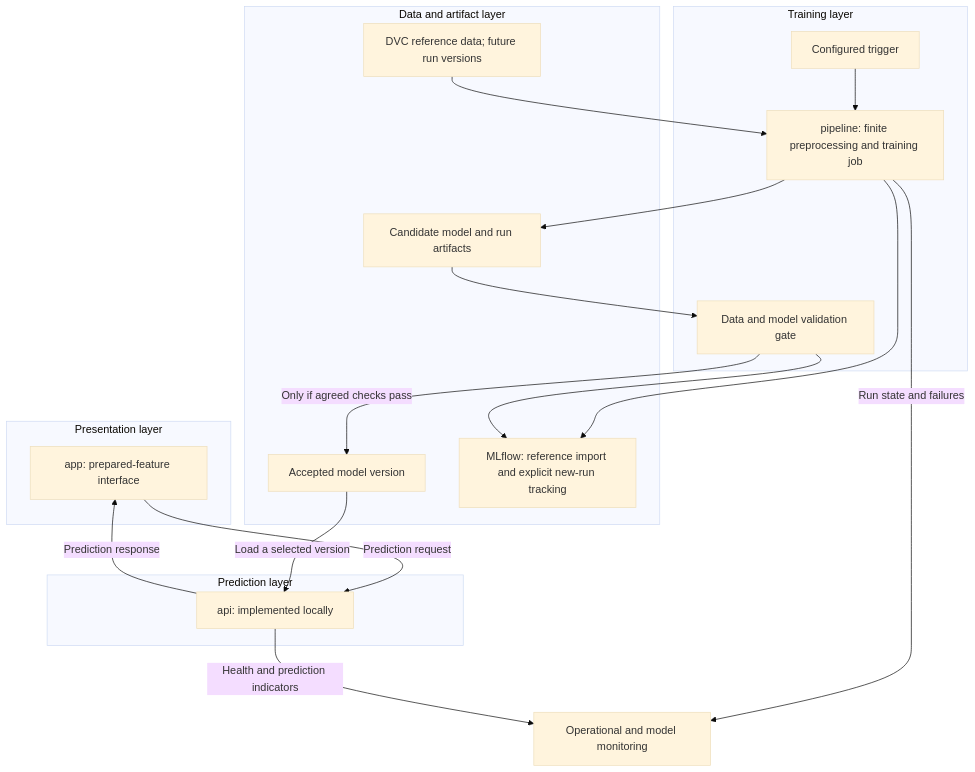
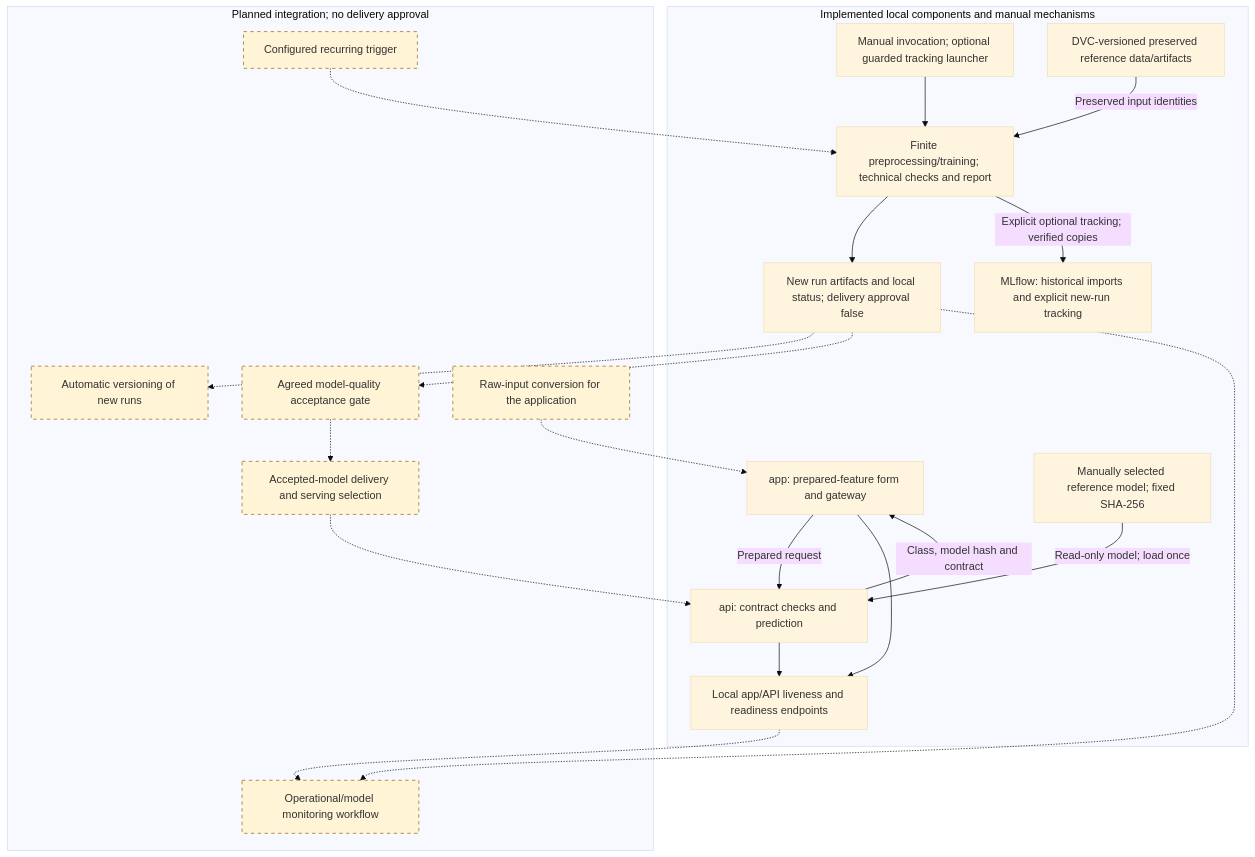
One commit to SiR1979/Template_MLOps_accidents changed the eighth of 8 diagrams in docs/architecture.md. Above: the diagram before and after it, drawn with Mermaid (base theme). The commit also changed other lines of this file, not shown here.

Commit message:
Update architecture diagrams and implementation boundaries

````diff
--- a/docs/architecture.md
+++ b/docs/architecture.md
@@ -287,38 +352,41 @@
 ```mermaid
 flowchart TD
-    subgraph PRESENTATION["Presentation layer"]
-        APP["app: prepared-feature interface"]
+    subgraph CURRENT["Implemented local components and manual mechanisms"]
+        APP["app: prepared-feature form and gateway"]
+        API["api: contract checks and prediction"]
+        SELECTED["Manually selected reference model; fixed SHA-256"]
+        MANUAL["Manual invocation; optional guarded tracking launcher"]
+        PIPELINE["Finite preprocessing/training; technical checks and report"]
+        CANDIDATE["New run artifacts and local status; delivery approval false"]
+        DATASETS["DVC-versioned preserved reference data/artifacts"]
+        TRACKING["MLflow: historical imports and explicit new-run tracking"]
+        HEALTH["Local app/API liveness and readiness endpoints"]
     end
-
-    subgraph SERVING["Prediction layer"]
-        API["api: implemented locally"]
+    subgraph PLANNED["Planned integration; no delivery approval"]
+        TRIGGER["Configured recurring trigger"]
+        VERSIONS["Automatic versioning of new runs"]
+        GATE["Agreed model-quality acceptance gate"]
+        ACCEPTED["Accepted-model delivery and serving selection"]
+        MONITOR["Operational/model monitoring workflow"]
+        RAW_INPUT["Raw-input conversion for the application"]
     end
-
-    subgraph JOBS["Training layer"]
-        TRIGGER["Configured trigger"]
-        PIPELINE["pipeline: finite preprocessing and training job"]
-        GATE["Data and model validation gate"]
-    end
-
-    subgraph STORAGE["Data and artifact layer"]
-        DATASETS["DVC reference data; future run versions"]
-        CANDIDATE["Candidate model and run artifacts"]
-        ACCEPTED["Accepted model version"]
-        TRACKING["MLflow: reference import and explicit new-run tracking"]
-    end
-
-    MONITOR["Operational and model monitoring"]
-
-    APP -->|"Prediction request"| API
-    API -->|"Prediction response"| APP
-    ACCEPTED -->|"Load a selected version"| API
-    TRIGGER --> PIPELINE
-    DATASETS --> PIPELINE
+    APP -->|"Prepared request"| API
+    API -->|"Class, model hash and contract"| APP
+    SELECTED -->|"Read-only model; load once"| API
+    MANUAL --> PIPELINE
+    DATASETS -->|"Preserved input identities"| PIPELINE
     PIPELINE --> CANDIDATE
-    CANDIDATE --> GATE
-    GATE -->|"Only if agreed checks pass"| ACCEPTED
-    PIPELINE --> TRACKING
-    GATE --> TRACKING
-    PIPELINE -->|"Run state and failures"| MONITOR
-    API -->|"Health and prediction indicators"| MONITOR
+    PIPELINE -->|"Explicit optional tracking; verified copies"| TRACKING
+    APP --> HEALTH
+    API --> HEALTH
+    TRIGGER -.-> PIPELINE
+    CANDIDATE -.-> VERSIONS
+    CANDIDATE -.-> GATE
+    GATE -.-> ACCEPTED
+    ACCEPTED -.-> API
+    CANDIDATE -.-> MONITOR
+    HEALTH -.-> MONITOR
+    RAW_INPUT -.-> APP
+    classDef planned fill:#fff4d6,stroke:#946200,stroke-dasharray:5 5
+    class TRIGGER,VERSIONS,GATE,ACCEPTED,MONITOR,RAW_INPUT planned
 ```
````
